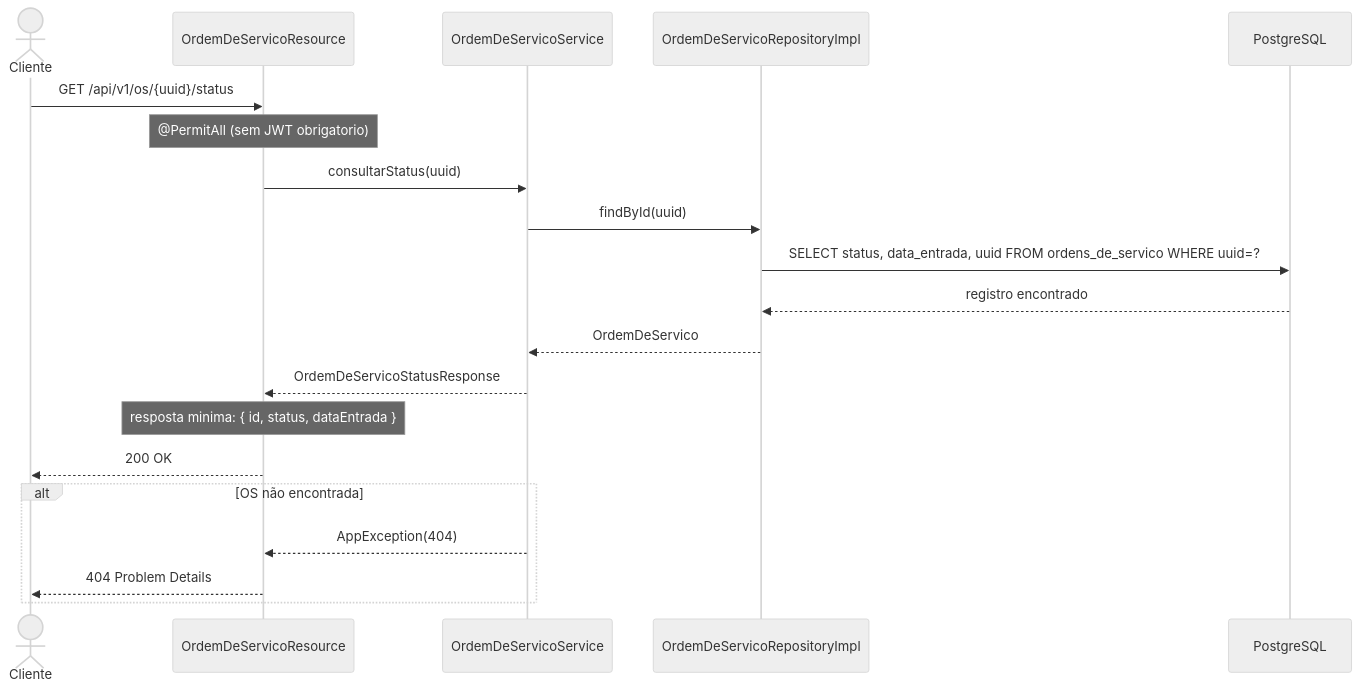
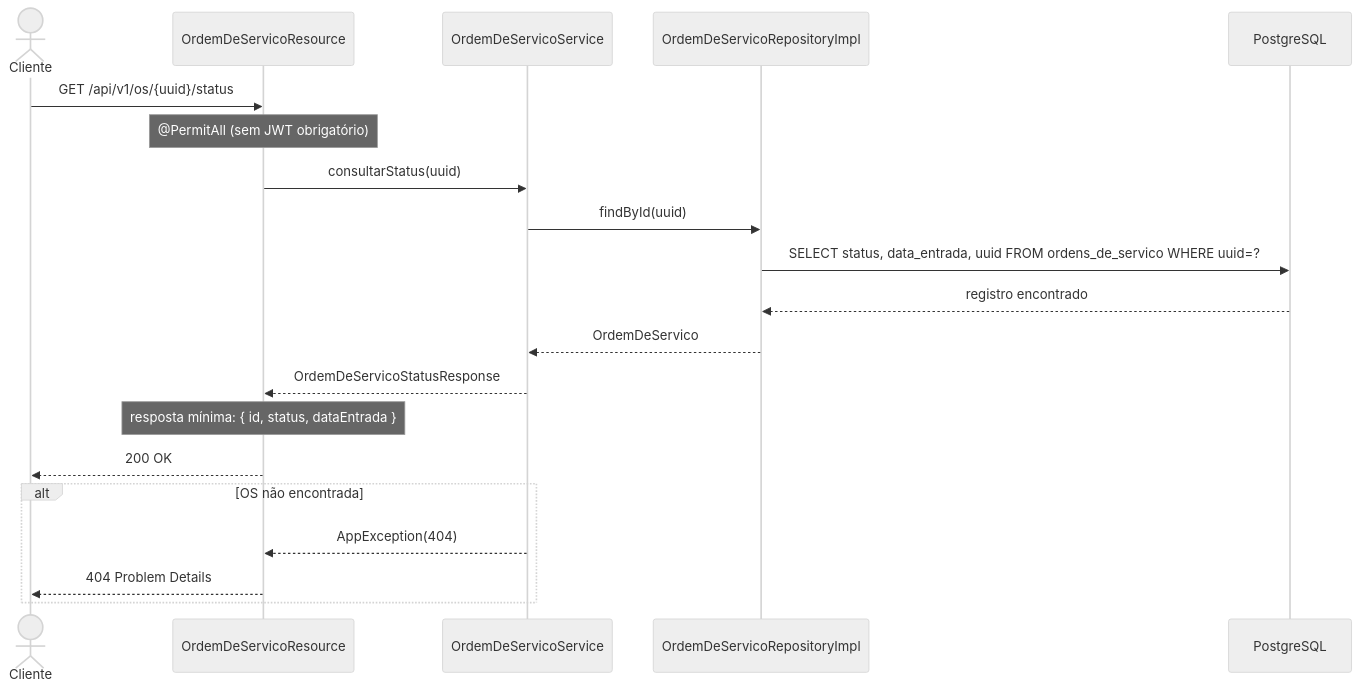
Before and after one commit to FIAP-SOFTWARE-ARCHITECTURE-TEAM/Mekano-API: the diagram in docs/sequence-diagrams/consulta-publica-status.md, drawn with Mermaid (neutral theme). The commit also changed other lines of this file and 2 other files, not shown here.

Commit message:
Fix review comments on sequence diagram accentuation

````diff
--- a/docs/sequence-diagrams/consulta-publica-status.md
+++ b/docs/sequence-diagrams/consulta-publica-status.md
@@ -5,26 +5,26 @@
 ```mermaid
 sequenceDiagram
     actor Cliente
     participant API as OrdemDeServicoResource
     participant App as OrdemDeServicoService
     participant Repo as OrdemDeServicoRepositoryImpl
     participant DB as PostgreSQL
 
     Cliente->>API: GET /api/v1/os/{uuid}/status
-    Note over API: @PermitAll (sem JWT obrigatorio)
+    Note over API: @PermitAll (sem JWT obrigatório)
 
     API->>App: consultarStatus(uuid)
     App->>Repo: findById(uuid)
     Repo->>DB: SELECT status, data_entrada, uuid FROM ordens_de_servico WHERE uuid=?
     DB-->>Repo: registro encontrado
     Repo-->>App: OrdemDeServico
 
     App-->>API: OrdemDeServicoStatusResponse
-    Note over API: resposta minima: { id, status, dataEntrada }
+    Note over API: resposta mínima: { id, status, dataEntrada }
     API-->>Cliente: 200 OK
 
     alt OS não encontrada
         App-->>API: AppException(404)
         API-->>Cliente: 404 Problem Details
     end
 ```
````
